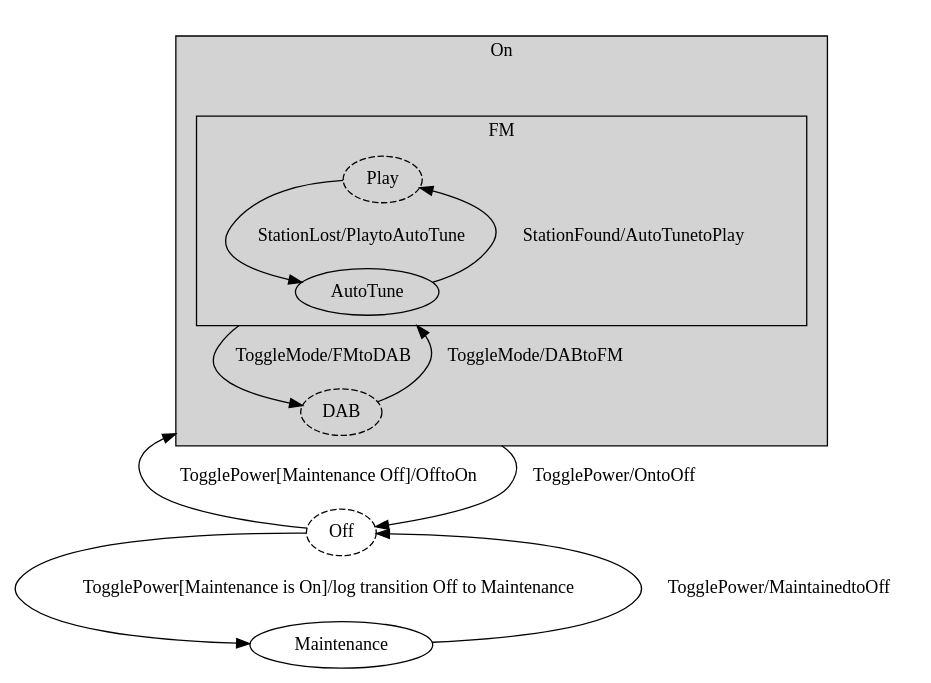
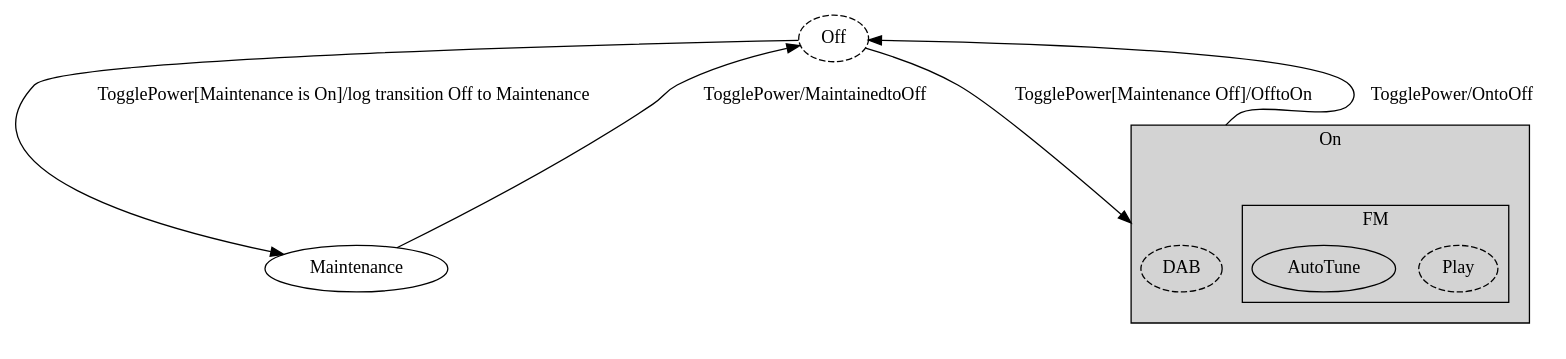
Before and after one commit to tangly-team/tangly-os: the diagram in net.tangly.fsm/src/site/pics/fsm-bbv.dot, drawn with Graphviz. The commit also changed 5 other files, not shown here.

```diff
--- a/net.tangly.fsm/src/site/pics/fsm-bbv.dot
+++ b/net.tangly.fsm/src/site/pics/fsm-bbv.dot
@@ -1,31 +1,27 @@
 digraph G {
   compound=true;
 
   Off [style="dashed"];
   Maintenance [];
   subgraph cluster1003 {
     style=invis;
     subgraph cluster3 {
       style="visible, filled";
       label = "On"
       subgraph cluster1004 {
         style=invis;
         subgraph cluster4 {
           style="visible, filled";
           label = "FM"
           Play [style="dashed, filled"];
           AutoTune [];
         }
       }
       DAB [style="dashed"];
     }
   }
   Off -> Maintenance [label="TogglePower[Maintenance is On]/log transition Off to Maintenance"];
   Off -> DAB [lhead=cluster3, label="TogglePower[Maintenance Off]/OfftoOn"];
   Maintenance -> Off [label="TogglePower/MaintainedtoOff"];
   DAB -> Off [ltail=cluster3, label="TogglePower/OntoOff"];
-  AutoTune -> DAB [ltail=cluster4, label="ToggleMode/FMtoDAB"];
-  Play -> AutoTune [label="StationLost/PlaytoAutoTune"];
-  AutoTune -> Play [label="StationFound/AutoTunetoPlay"];
-  DAB -> AutoTune [lhead=cluster4, label="ToggleMode/DABtoFM"];
 }
```
